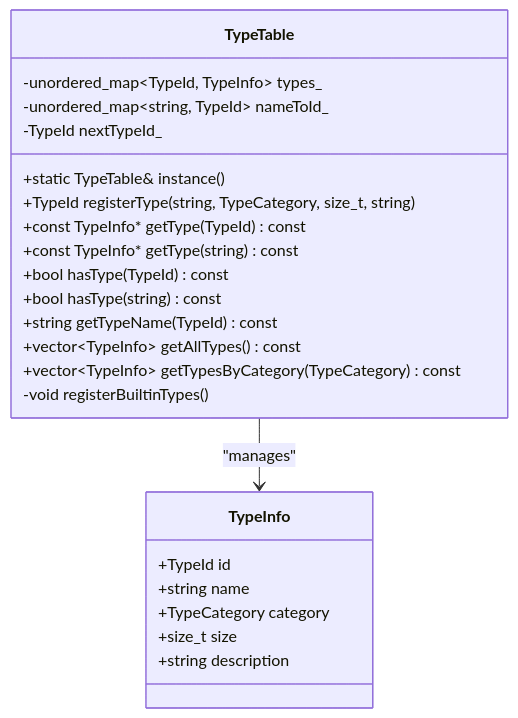
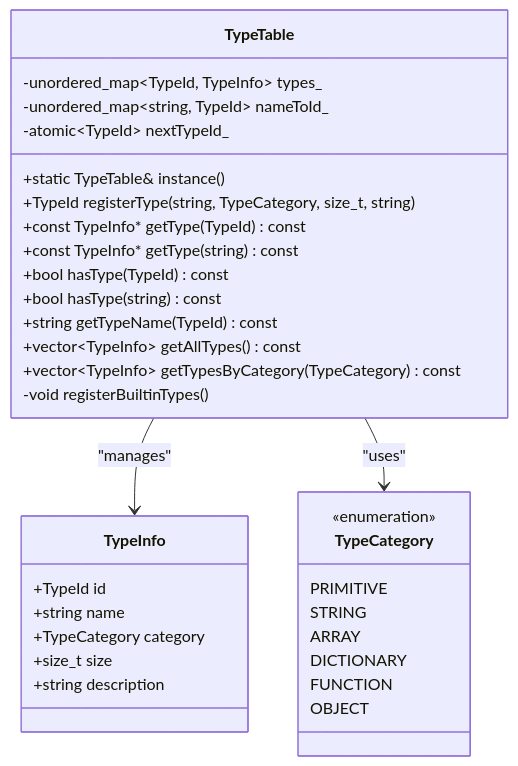
The fourth of 6 diagrams in .qoder/repowiki/en/content/Runtime System.md (littlebirds/modern_bision), drawn with Mermaid before and after one commit. The commit also changed other lines of this file and 3 other files, not shown here.

````diff
--- a/.qoder/repowiki/en/content/Runtime System.md
+++ b/.qoder/repowiki/en/content/Runtime System.md
@@ -244,26 +233,36 @@
 ```mermaid
 classDiagram
 class TypeTable {
 +static TypeTable& instance()
 +TypeId registerType(string, TypeCategory, size_t, string)
 +const TypeInfo* getType(TypeId) const
 +const TypeInfo* getType(string) const
 +bool hasType(TypeId) const
 +bool hasType(string) const
 +string getTypeName(TypeId) const
 +vector~TypeInfo~ getAllTypes() const
 +vector~TypeInfo~ getTypesByCategory(TypeCategory) const
 -void registerBuiltinTypes()
 -unordered_map~TypeId, TypeInfo~ types_
 -unordered_map~string, TypeId~ nameToId_
--TypeId nextTypeId_
+-atomic~TypeId~ nextTypeId_
 }
 class TypeInfo {
 +TypeId id
 +string name
 +TypeCategory category
 +size_t size
 +string description
 }
+class TypeCategory {
+<<enumeration>>
+PRIMITIVE
+STRING
+ARRAY
+DICTIONARY
+FUNCTION
+OBJECT
+}
 TypeTable --> TypeInfo : "manages"
+TypeTable --> TypeCategory : "uses"
 ```
````
